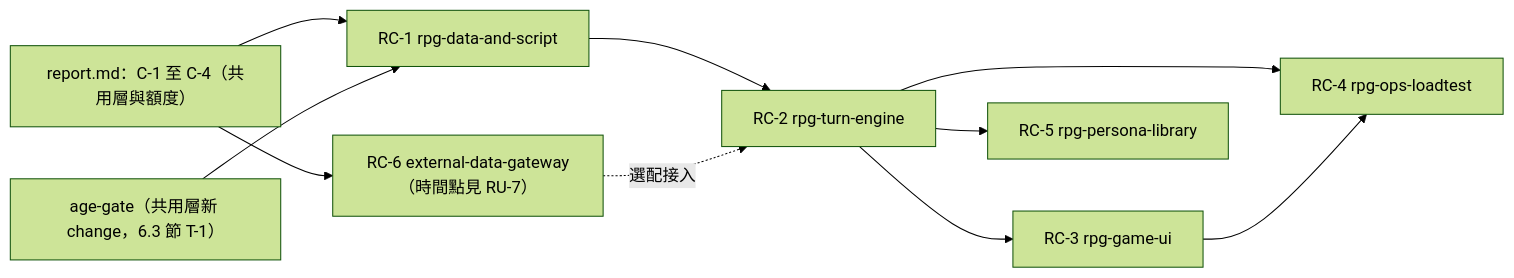
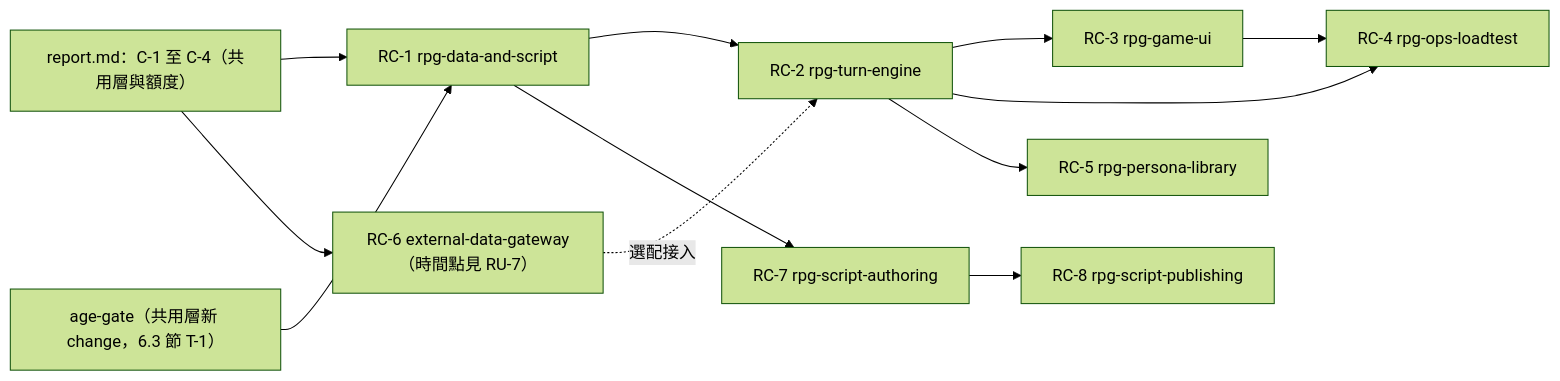
The tenth of 10 diagrams in docs/RPG.md (pp466pp466/R.A.C), drawn with Mermaid (forest theme) before and after one commit. The commit also changed other lines of this file and 14 other files, not shown here.

````diff
--- a/docs/RPG.md
+++ b/docs/RPG.md
@@ -784,12 +787,14 @@
 ```mermaid
 flowchart LR
     CS["report.md：C-1 至 C-4（共用層與額度）"] --> RC1["RC-1 rpg-data-and-script"]
     RC1 --> RC2["RC-2 rpg-turn-engine"]
     RC2 --> RC3["RC-3 rpg-game-ui"]
     RC2 --> RC4["RC-4 rpg-ops-loadtest"]
     RC3 --> RC4
     AG["age-gate（共用層新 change，6.3 節 T-1）"] --> RC1
     CS --> RC6["RC-6 external-data-gateway（時間點見 RU-7）"]
     RC6 -.->|"選配接入"| RC2
     RC2 --> RC5["RC-5 rpg-persona-library"]
+    RC1 --> RC7["RC-7 rpg-script-authoring"]
+    RC7 --> RC8["RC-8 rpg-script-publishing"]
 ```
````
